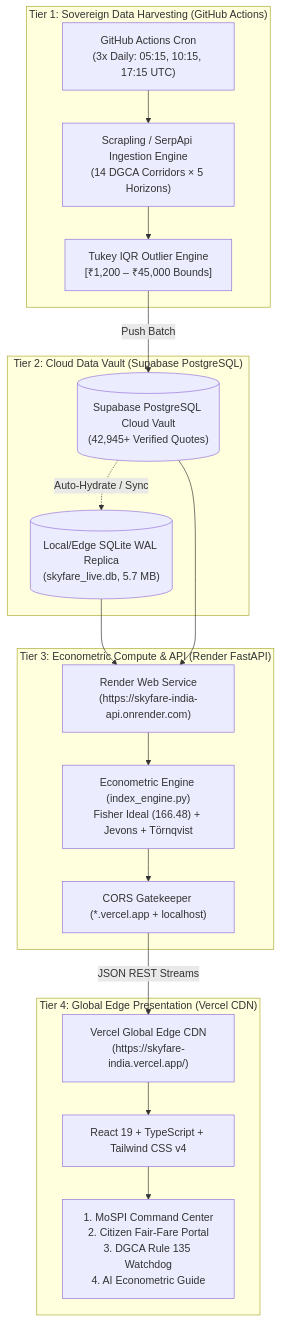
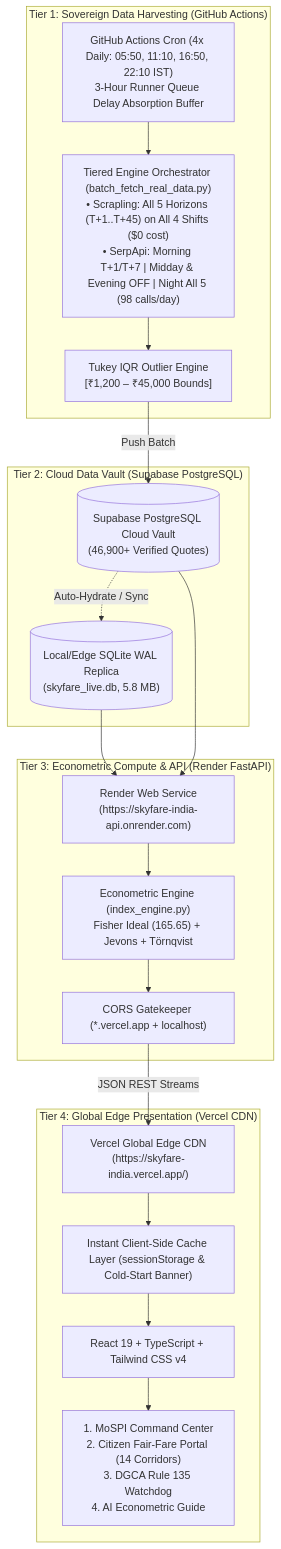
Before and after one commit to Sajankumar999/skyfare-india: the first of 4 diagrams in Architecture.md, drawn with Mermaid. The commit also changed other lines of this file and 4 other files, not shown here.

Commit message:
docs: synchronize sovereign documentation suite (README, Architecture, Update) and encode AI audit rule in AGENTS.md

````diff
--- a/Architecture.md
+++ b/Architecture.md
@@ -18,32 +20,33 @@
 ```mermaid
 graph TD
     subgraph TIER1 ["Tier 1: Sovereign Data Harvesting (GitHub Actions)"]
-        GHA["GitHub Actions Cron<br/>(3x Daily: 05:15, 10:15, 17:15 UTC)"]
-        SCRAP["Scrapling / SerpApi Ingestion Engine<br/>(14 DGCA Corridors × 5 Horizons)"]
+        GHA["GitHub Actions Cron (4x Daily: 05:50, 11:10, 16:50, 22:10 IST)<br/>3-Hour Runner Queue Delay Absorption Buffer"]
+        TIERED["Tiered Engine Orchestrator (batch_fetch_real_data.py)<br/>• Scrapling: All 5 Horizons (T+1..T+45) on All 4 Shifts ($0 cost)<br/>• SerpApi: Morning T+1/T+7 | Midday & Evening OFF | Night All 5 (98 calls/day)"]
         TUK["Tukey IQR Outlier Engine<br/>[₹1,200 – ₹45,000 Bounds]"]
-        GHA --> SCRAP --> TUK
+        GHA --> TIERED --> TUK
     end
 
     subgraph TIER2 ["Tier 2: Cloud Data Vault (Supabase PostgreSQL)"]
-        SUPA[("Supabase PostgreSQL Cloud Vault<br/>(42,945+ Verified Quotes)")]
-        SQLITE[("Local/Edge SQLite WAL Replica<br/>(skyfare_live.db, 5.7 MB)")]
+        SUPA[("Supabase PostgreSQL Cloud Vault<br/>(46,900+ Verified Quotes)")]
+        SQLITE[("Local/Edge SQLite WAL Replica<br/>(skyfare_live.db, 5.8 MB)")]
         TUK -->|Push Batch| SUPA
         SUPA -.->|Auto-Hydrate / Sync| SQLITE
     end
 
     subgraph TIER3 ["Tier 3: Econometric Compute & API (Render FastAPI)"]
         RENDER["Render Web Service<br/>(https://skyfare-india-api.onrender.com)"]
-        ENG["Econometric Engine (index_engine.py)<br/>Fisher Ideal (166.48) + Jevons + Törnqvist"]
+        ENG["Econometric Engine (index_engine.py)<br/>Fisher Ideal (165.65) + Jevons + Törnqvist"]
         CORS["CORS Gatekeeper (*.vercel.app + localhost)"]
         SQLITE & SUPA --> RENDER
         RENDER --> ENG --> CORS
     end
 
     subgraph TIER4 ["Tier 4: Global Edge Presentation (Vercel CDN)"]
         VERCEL["Vercel Global Edge CDN<br/>(https://skyfare-india.vercel.app/)"]
         REACT["React 19 + TypeScript + Tailwind CSS v4"]
-        VIEWS["1. MoSPI Command Center<br/>2. Citizen Fair-Fare Portal<br/>3. DGCA Rule 135 Watchdog<br/>4. AI Econometric Guide"]
+        CACHE["Instant Client-Side Cache Layer (sessionStorage & Cold-Start Banner)"]
+        VIEWS["1. MoSPI Command Center<br/>2. Citizen Fair-Fare Portal (14 Corridors)<br/>3. DGCA Rule 135 Watchdog<br/>4. AI Econometric Guide"]
         CORS -->|JSON REST Streams| VERCEL
-        VERCEL --> REACT --> VIEWS
+        VERCEL --> CACHE --> REACT --> VIEWS
     end
 ```
````
